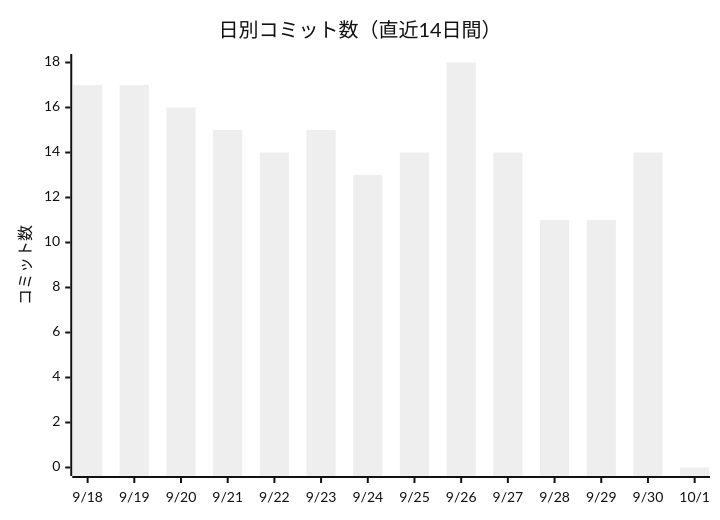
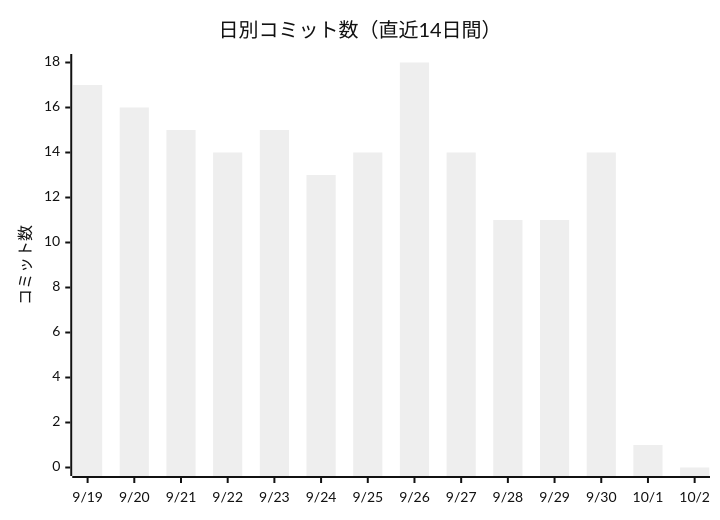
The first of 2 diagrams in docs/進化レポート.md (non-x2/non-x2), drawn with Mermaid (neutral theme) before and after one commit. The commit also changed other lines of this file and 4 other files, not shown here.

````diff
--- a/docs/進化レポート.md
+++ b/docs/進化レポート.md
@@ -23,7 +23,7 @@
 ```mermaid
 xychart-beta
     title "日別コミット数（直近14日間）"
-    x-axis ["9/18", "9/19", "9/20", "9/21", "9/22", "9/23", "9/24", "9/25", "9/26", "9/27", "9/28", "9/29", "9/30", "10/1"]
+    x-axis ["9/19", "9/20", "9/21", "9/22", "9/23", "9/24", "9/25", "9/26", "9/27", "9/28", "9/29", "9/30", "10/1", "10/2"]
     y-axis "コミット数"
-    bar [17, 17, 16, 15, 14, 15, 13, 14, 18, 14, 11, 11, 14, 0]
+    bar [17, 16, 15, 14, 15, 13, 14, 18, 14, 11, 11, 14, 1, 0]
 ```
````
